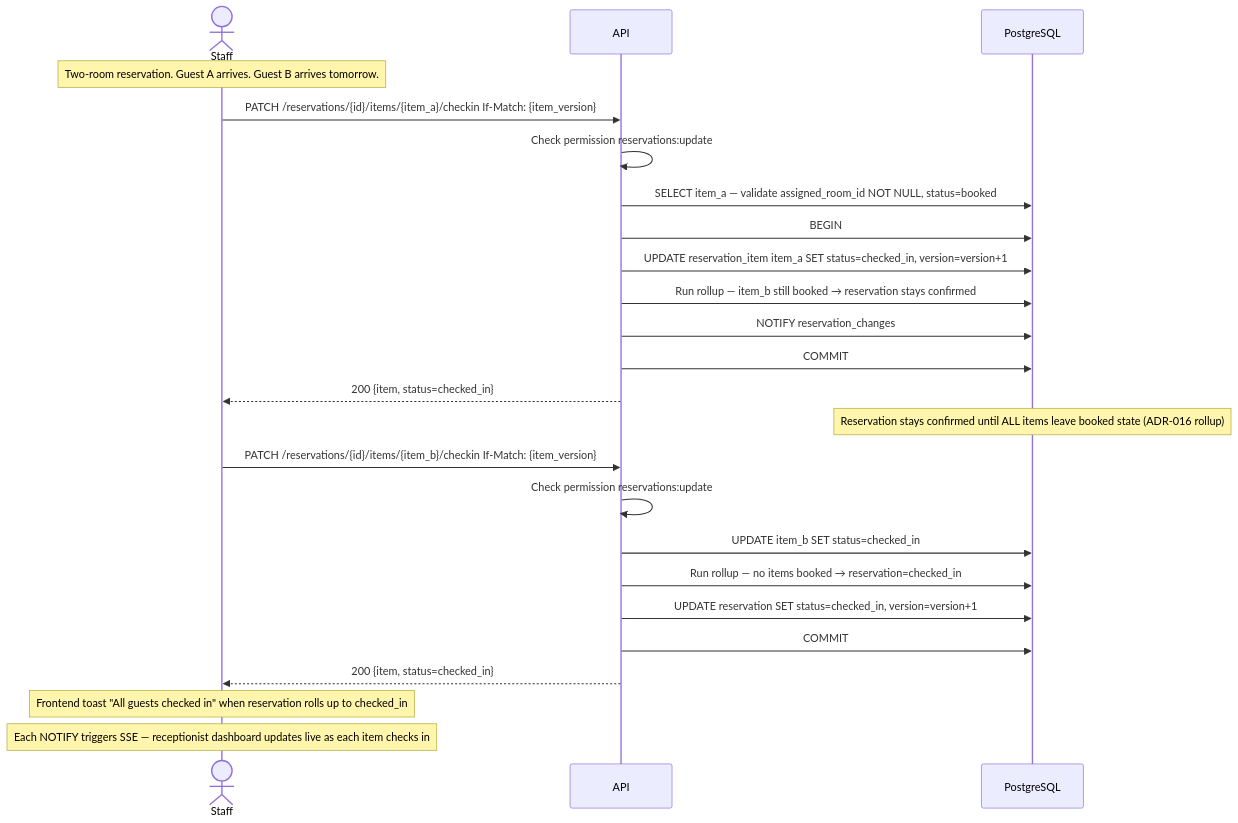
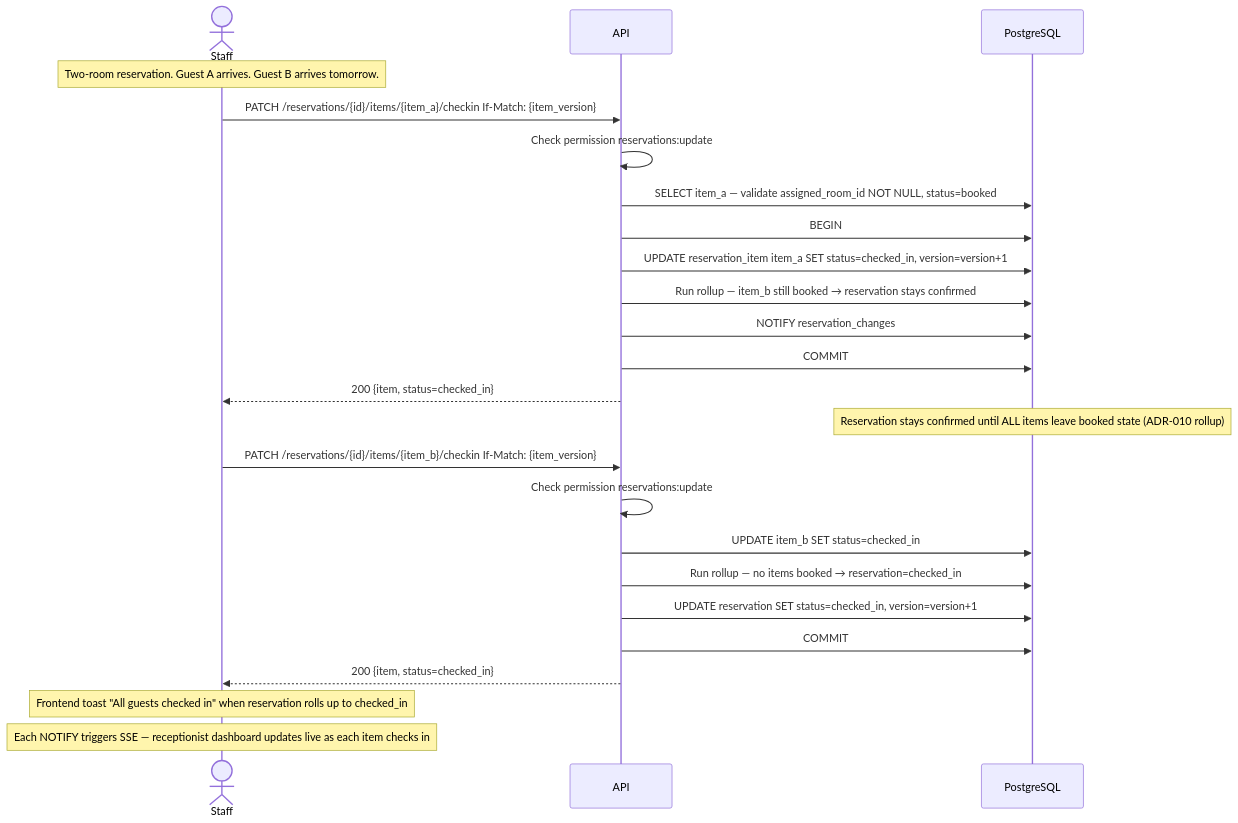
One commit to mallytj/yop-pms changed diagram 16 of 33 in docs/flows/reservations.md. Above: the diagram before and after it, drawn with Mermaid. The commit also changed other lines of this file and 66 other files, not shown here.

````diff
--- a/docs/flows/reservations.md
+++ b/docs/flows/reservations.md
@@ -795,30 +795,30 @@
 ```mermaid
 sequenceDiagram
     actor Staff
     participant API
     participant DB as PostgreSQL
 
     Note over Staff: Two-room reservation. Guest A arrives. Guest B arrives tomorrow.
 
     Staff->>API: PATCH /reservations/{id}/items/{item_a}/checkin If-Match: {item_version}
     API->>API: Check permission reservations:update
     API->>DB: SELECT item_a — validate assigned_room_id NOT NULL, status=booked
     API->>DB: BEGIN
     API->>DB: UPDATE reservation_item item_a SET status=checked_in, version=version+1
     API->>DB: Run rollup — item_b still booked → reservation stays confirmed
     API->>DB: NOTIFY reservation_changes
     API->>DB: COMMIT
     API-->>Staff: 200 {item, status=checked_in}
 
-    Note over DB: Reservation stays confirmed until ALL items leave booked state (ADR-016 rollup)
+    Note over DB: Reservation stays confirmed until ALL items leave booked state (ADR-010 rollup)
 
     Staff->>API: PATCH /reservations/{id}/items/{item_b}/checkin If-Match: {item_version}
     API->>API: Check permission reservations:update
     API->>DB: UPDATE item_b SET status=checked_in
     API->>DB: Run rollup — no items booked → reservation=checked_in
     API->>DB: UPDATE reservation SET status=checked_in, version=version+1
     API->>DB: COMMIT
     API-->>Staff: 200 {item, status=checked_in}
     Note over Staff: Frontend toast "All guests checked in" when reservation rolls up to checked_in
     Note over Staff: Each NOTIFY triggers SSE — receptionist dashboard updates live as each item checks in
 ```
````
